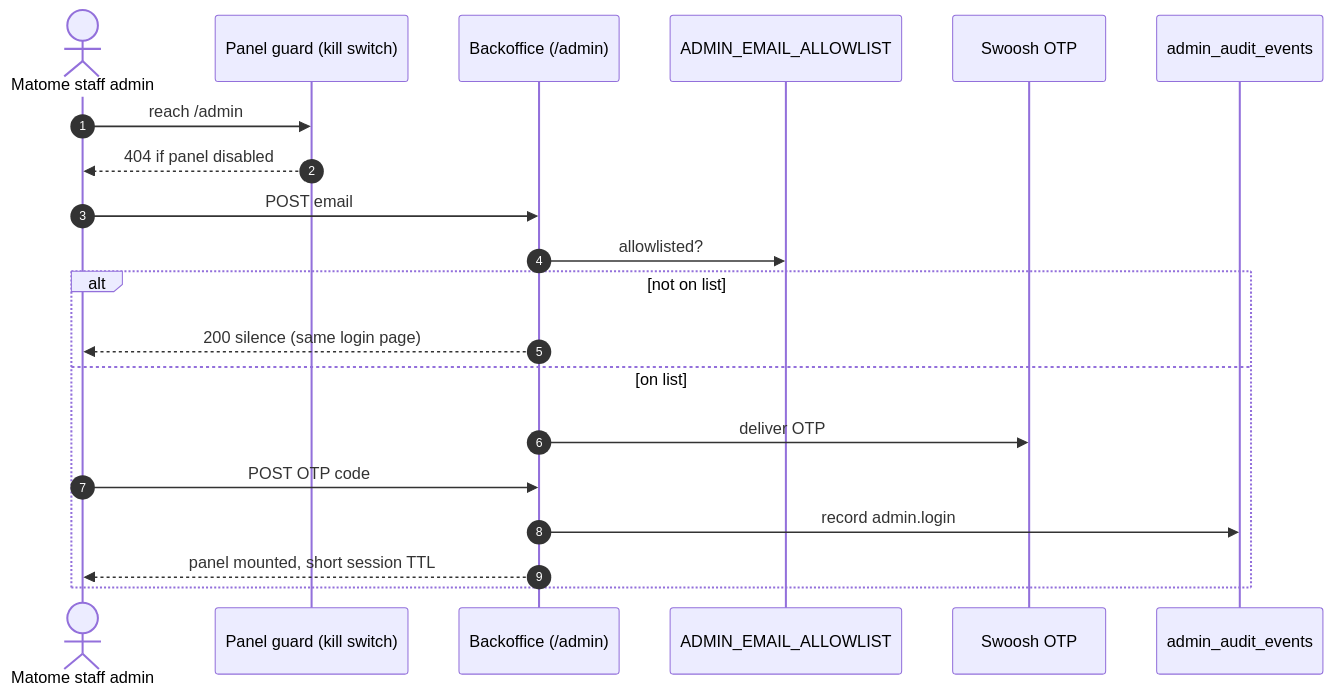
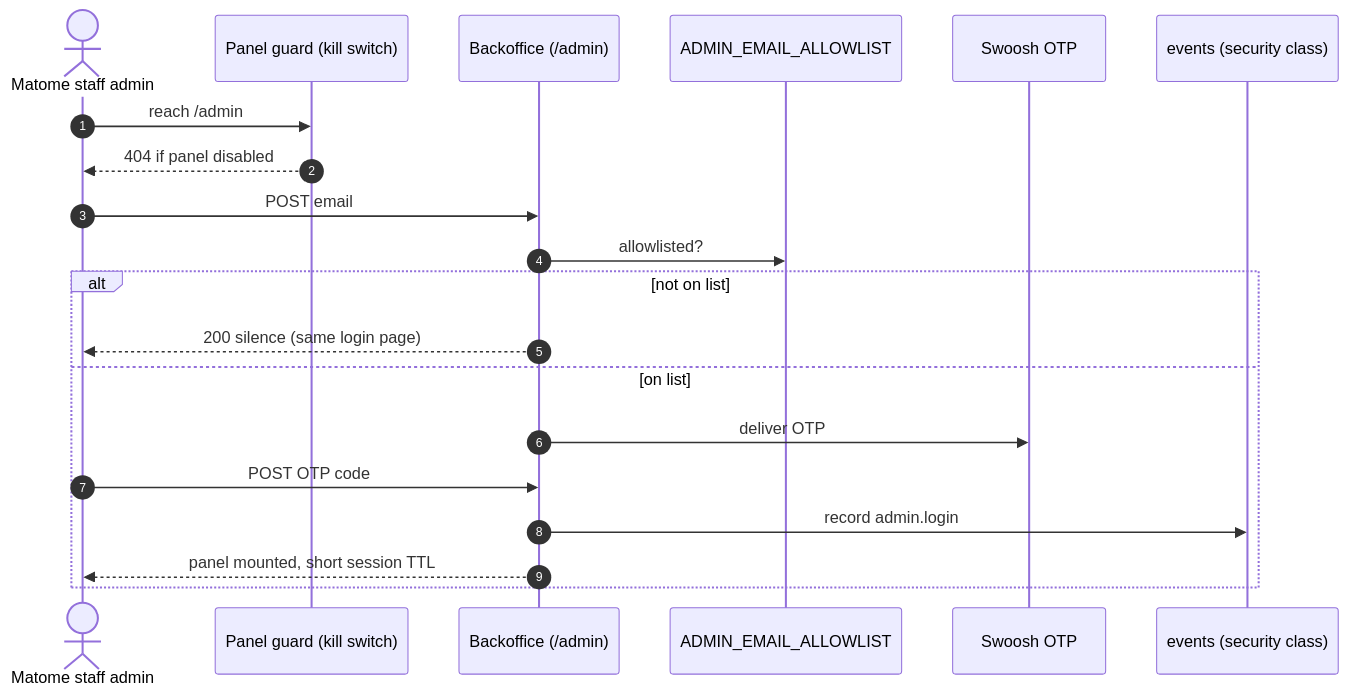
The sixth of 7 diagrams in .docs/internal/at-rest-key-flow.md (matome-org/matome-app), drawn with Mermaid before and after one commit. The commit also changed other lines of this file and 24 other files, not shown here.

````diff
--- a/.docs/internal/at-rest-key-flow.md
+++ b/.docs/internal/at-rest-key-flow.md
@@ -455,23 +455,23 @@
 ```mermaid
 sequenceDiagram
     autonumber
     actor A as Matome staff admin
     participant NET as Panel guard (kill switch)
     participant LV as Backoffice (/admin)
     participant AL as ADMIN_EMAIL_ALLOWLIST
     participant Mail as Swoosh OTP
-    participant AUD as admin_audit_events
+    participant AUD as events (security class)
 
     A->>NET: reach /admin
     NET-->>A: 404 if panel disabled
     A->>LV: POST email
     LV->>AL: allowlisted?
     alt not on list
         LV-->>A: 200 silence (same login page)
     else on list
         LV->>Mail: deliver OTP
         A->>LV: POST OTP code
         LV->>AUD: record admin.login
         LV-->>A: panel mounted, short session TTL
     end
 ```
````
